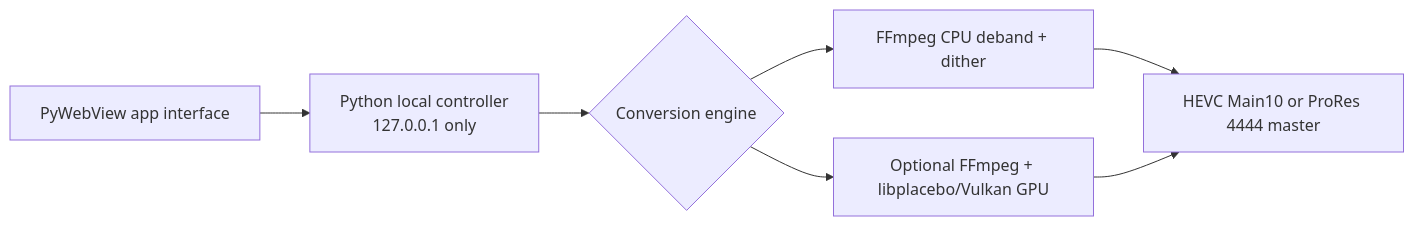
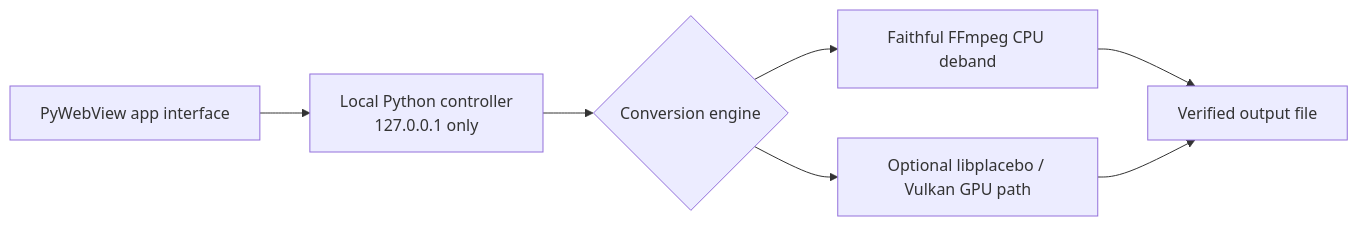
The second of 2 diagrams in README.md (JazibAli360/10-bit-converter), drawn with Mermaid before and after one commit. The commit also changed other lines of this file, not shown here.

````diff
--- a/README.md
+++ b/README.md
@@ -121,9 +110,9 @@
 ```mermaid
 flowchart LR
-    UI["PyWebView app interface"] --> Controller["Python local controller\n127.0.0.1 only"]
+    UI["PyWebView app interface"] --> Controller["Local Python controller\n127.0.0.1 only"]
     Controller --> Engine{"Conversion engine"}
-    Engine --> CPU["FFmpeg CPU deband + dither"]
-    Engine --> GPU["Optional FFmpeg + libplacebo/Vulkan GPU"]
-    CPU --> Output["HEVC Main10 or ProRes 4444 master"]
+    Engine --> CPU["Faithful FFmpeg CPU deband"]
+    Engine --> GPU["Optional libplacebo / Vulkan GPU path"]
+    CPU --> Output["Verified output file"]
     GPU --> Output
 ```
````
